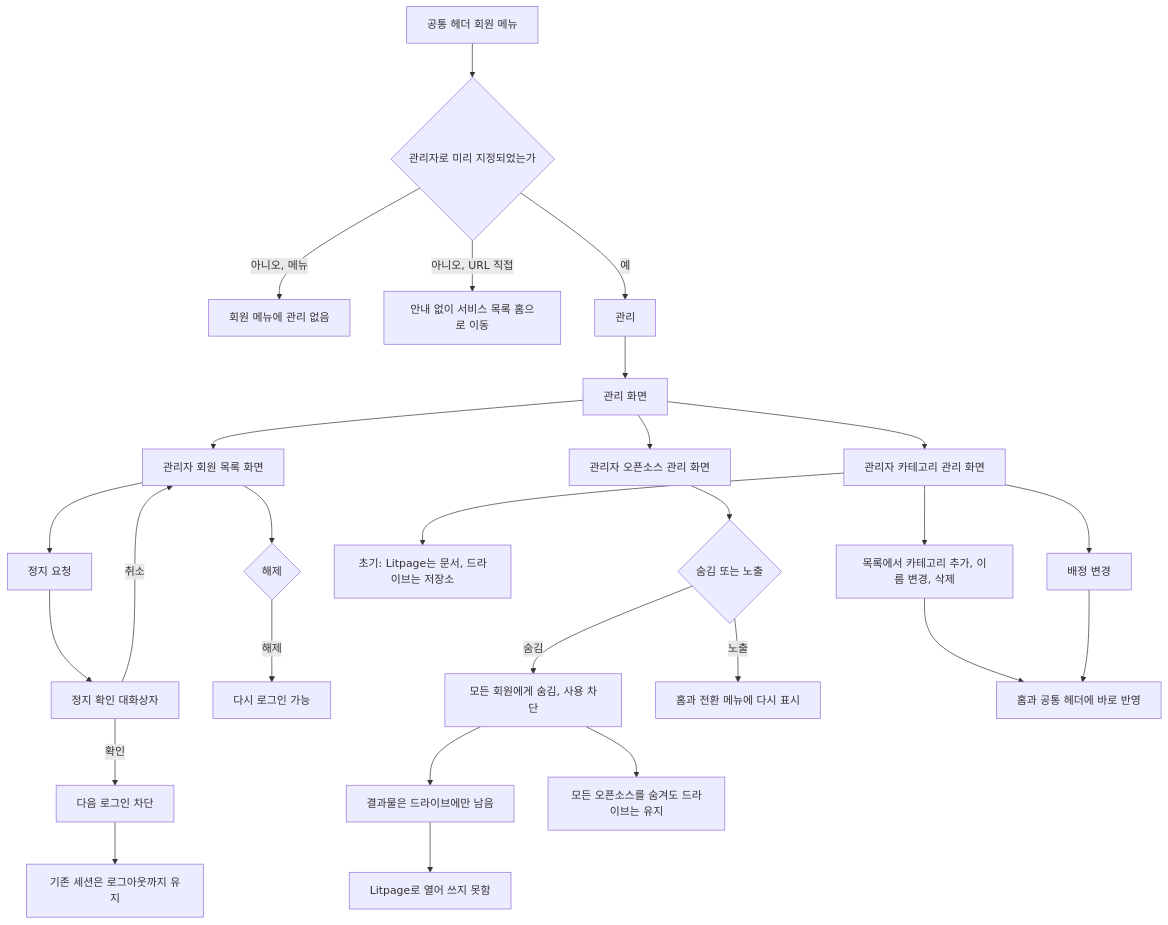
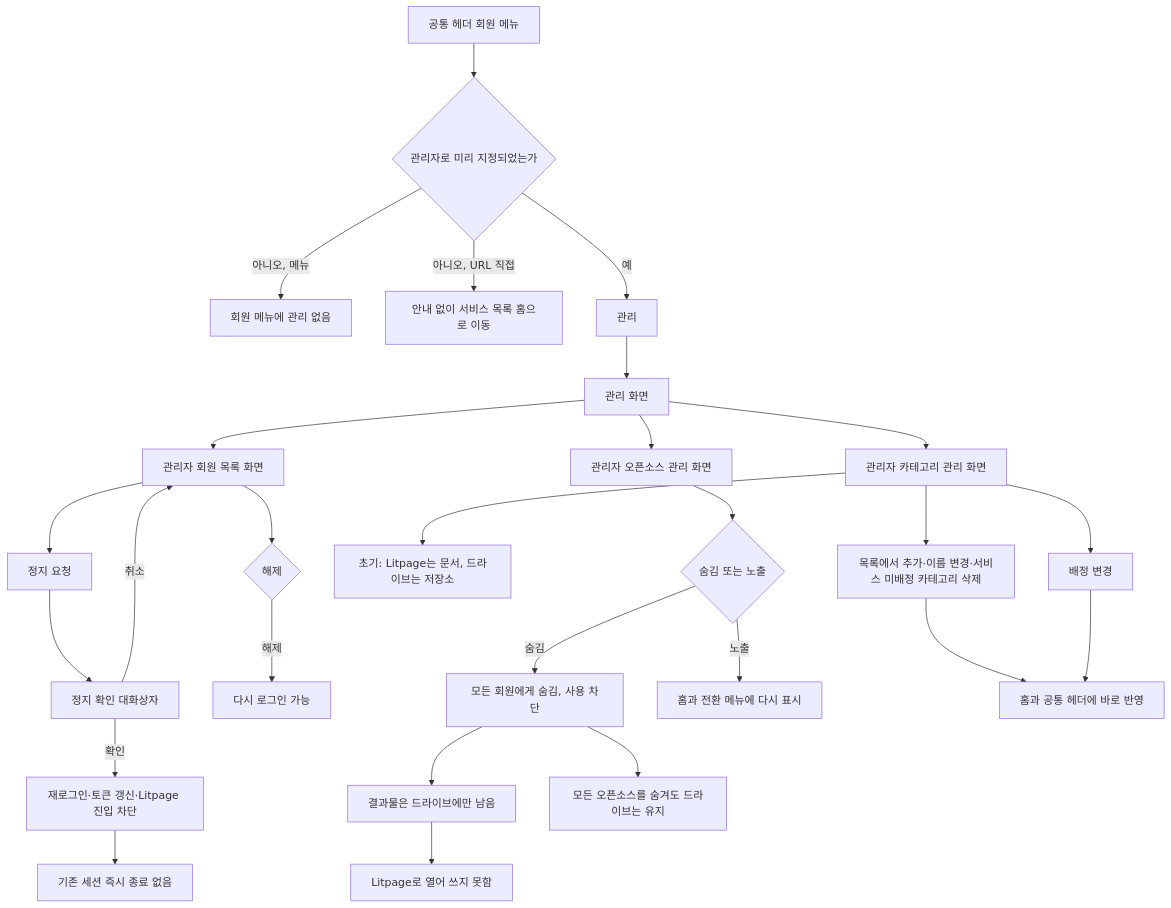
The sixth of 7 diagrams in docs/01-planning/user-flow/UF.md (HoBaeBang/naruworks-platform), drawn with Mermaid before and after one commit. The commit also changed other lines of this file and 25 other files, not shown here.

````diff
--- a/docs/01-planning/user-flow/UF.md
+++ b/docs/01-planning/user-flow/UF.md
@@ -354,29 +359,29 @@
 ```mermaid
 flowchart TD
   header["공통 헤더 회원 메뉴"] --> gate{"관리자로 미리 지정되었는가"}
   gate -->|"아니오, 메뉴"| deny["회원 메뉴에 관리 없음"]
   gate -->|"아니오, URL 직접"| redirectHome["안내 없이 서비스 목록 홈으로 이동"]
   gate -->|"예"| adminItem["관리"]
   adminItem --> adminHome["관리 화면"]
   adminHome --> members["관리자 회원 목록 화면"]
   members --> susAsk["정지 요청"]
   susAsk --> susConfirm["정지 확인 대화상자"]
   susConfirm -->|"취소"| members
-  susConfirm -->|"확인"| nextLogin["다음 로그인 차단"]
-  nextLogin --> session["기존 세션은 로그아웃까지 유지"]
+  susConfirm -->|"확인"| nextLogin["재로그인·토큰 갱신·Litpage 진입 차단"]
+  nextLogin --> session["기존 세션 즉시 종료 없음"]
   members --> sus{"해제"}
   sus -->|"해제"| usable["다시 로그인 가능"]
   adminHome --> oss["관리자 오픈소스 관리 화면"]
   oss --> hide{"숨김 또는 노출"}
   hide -->|"숨김"| hidden["모든 회원에게 숨김, 사용 차단"]
   hidden --> leftover["결과물은 드라이브에만 남음"]
   leftover --> noLitpage["Litpage로 열어 쓰지 못함"]
   hide -->|"노출"| shown["홈과 전환 메뉴에 다시 표시"]
   hidden --> driveKept["모든 오픈소스를 숨겨도 드라이브는 유지"]
   adminHome --> cat["관리자 카테고리 관리 화면"]
   cat --> initCat["초기: Litpage는 문서, 드라이브는 저장소"]
-  cat --> inline["목록에서 카테고리 추가, 이름 변경, 삭제"]
+  cat --> inline["목록에서 추가·이름 변경·서비스 미배정 카테고리 삭제"]
   inline --> reflect["홈과 공통 헤더에 바로 반영"]
   cat --> change["배정 변경"]
   change --> reflect
 ```
````
